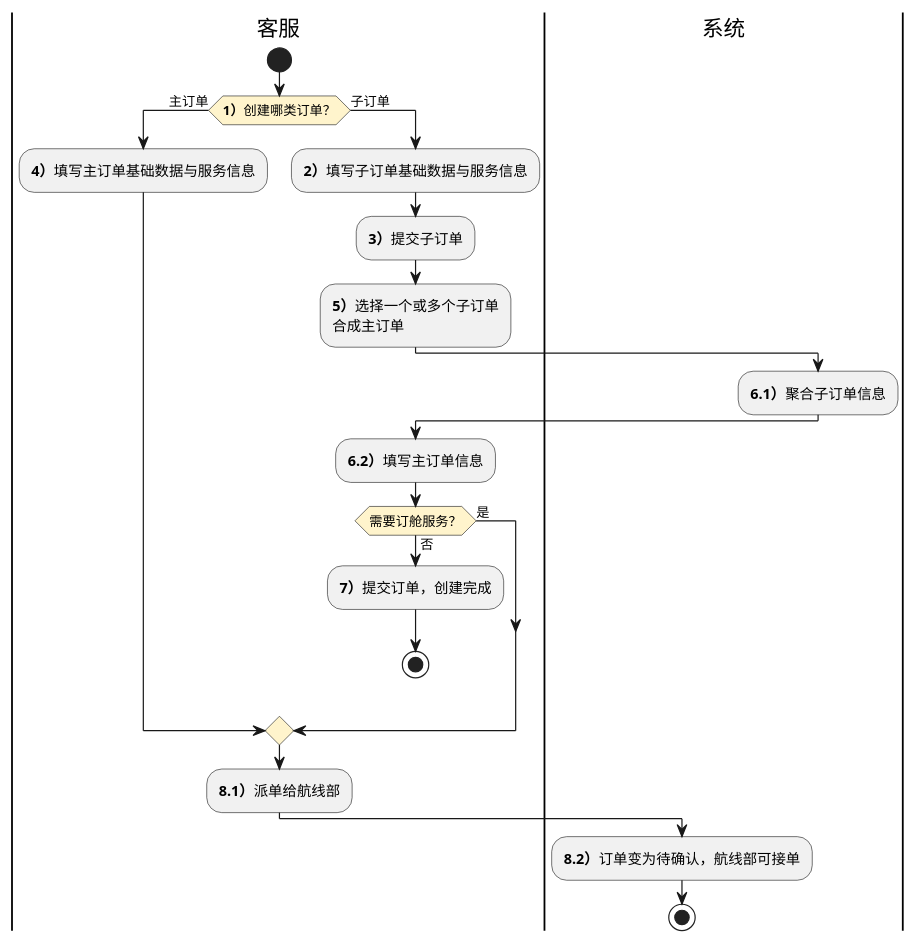
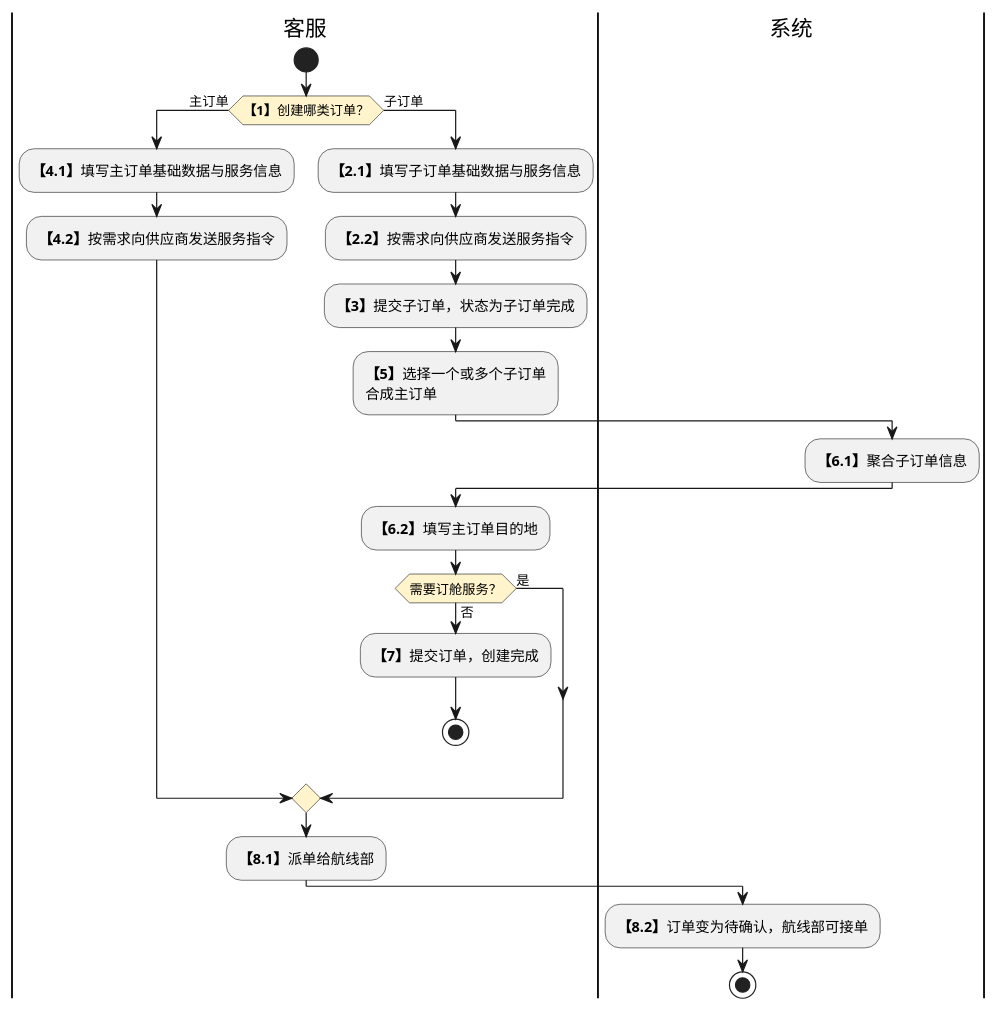
The first of 9 diagrams in product-caliber/goldjet/segmented-prd/PRD.高捷物流系统一期.第009篇.空运-订单创建.5029269CA8.md (jack888332/projects-doc), drawn with PlantUML before and after one commit. The commit also changed other lines of this file and 12 other files, not shown here.

Commit message:
完善DSL图

````diff
--- a/product-caliber/goldjet/segmented-prd/PRD.高捷物流系统一期.第009篇.空运-订单创建.5029269CA8.md
+++ b/product-caliber/goldjet/segmented-prd/PRD.高捷物流系统一期.第009篇.空运-订单创建.5029269CA8.md
@@ -69,30 +69,32 @@
 ```plantuml
 @startuml goldjet-009-order-booking-handoff
 skinparam activityDiamondBackgroundColor #FFF4CC
 |客服|
 start
-if (**1）**创建哪类订单？) then (主订单)
+if (**【1】**创建哪类订单？) then (主订单)
   |客服|
-  :**4）**填写主订单基础数据与服务信息;
+  :**【4.1】**填写主订单基础数据与服务信息;
+  :**【4.2】**按需求向供应商发送服务指令;
 else (子订单)
   |客服|
-  :**2）**填写子订单基础数据与服务信息;
-  :**3）**提交子订单;
-  :**5）**选择一个或多个子订单\n合成主订单;
+  :**【2.1】**填写子订单基础数据与服务信息;
+  :**【2.2】**按需求向供应商发送服务指令;
+  :**【3】**提交子订单，状态为子订单完成;
+  :**【5】**选择一个或多个子订单\n合成主订单;
   |系统|
-  :**6.1）**聚合子订单信息;
+  :**【6.1】**聚合子订单信息;
   |客服|
-  :**6.2）**填写主订单信息;
+  :**【6.2】**填写主订单目的地;
   if (需要订舱服务？) then (否)
-    :**7）**提交订单，创建完成;
+    :**【7】**提交订单，创建完成;
     stop
   else (是)
   endif
 endif
 |客服|
-:**8.1）**派单给航线部;
+:**【8.1】**派单给航线部;
 |系统|
-:**8.2）**订单变为待确认，航线部可接单;
+:**【8.2】**订单变为待确认，航线部可接单;
 stop
 @enduml
 ```
````
